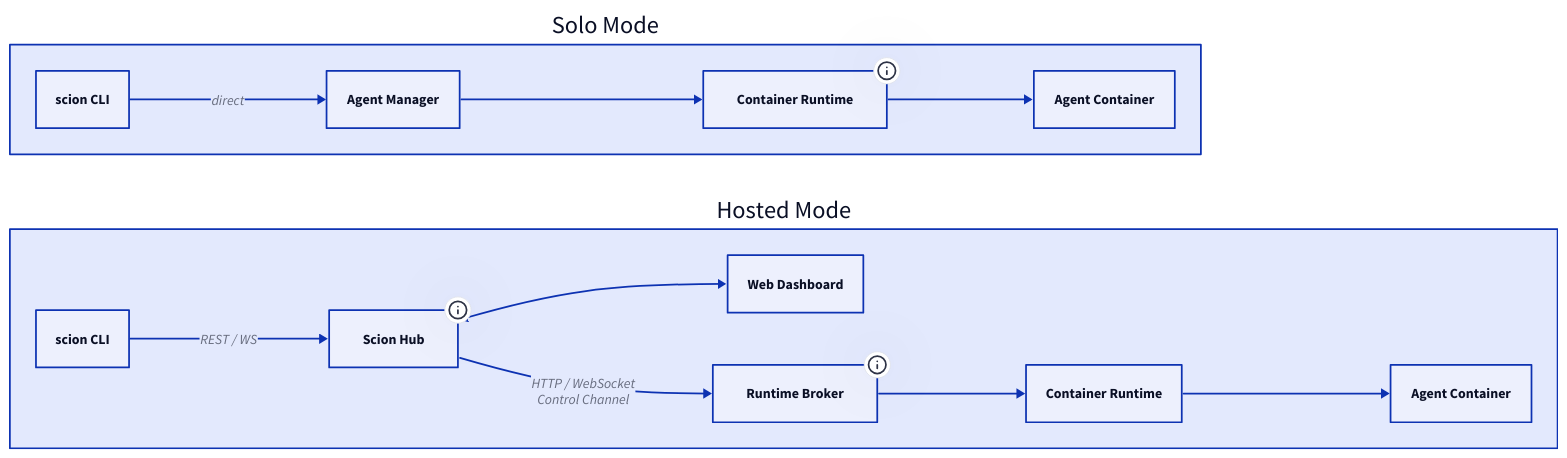
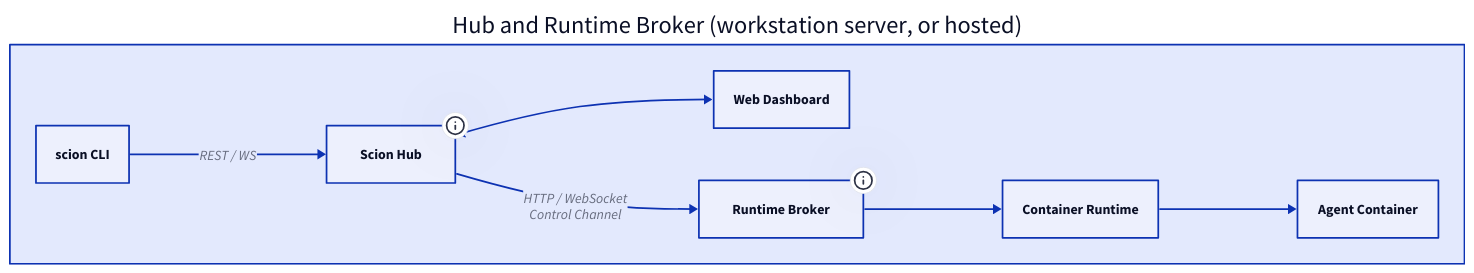
The first of 6 diagrams in docs-site/src/content/docs/contributing/architecture.md (GoogleCloudPlatform/scion), drawn with D2 before and after one commit. The commit also changed other lines of this file and 41 other files, not shown here.

````diff
--- a/docs-site/src/content/docs/contributing/architecture.md
+++ b/docs-site/src/content/docs/contributing/architecture.md
@@ -23,34 +23,21 @@
 ```d2
 direction: right
-solo: Solo Mode {
-  cli: scion CLI
-  manager: Agent Manager
-  runtime: Container Runtime {
-    tooltip: Docker / Apple / K8s
-  }
-  agent: Agent Container
-
-  cli -> manager: direct
-  manager -> runtime
-  runtime -> agent
-}
-
-hosted: Hosted Mode {
+hosted: Hub and Runtime Broker (workstation server, or hosted) {
   cli: scion CLI
   hub: Scion Hub {
     tooltip: API + Store
   }
   web: Web Dashboard
   broker: Runtime Broker {
     tooltip: Agent Manager + Runtime
   }
   runtime: Container Runtime
   agent: Agent Container
 
   cli -> hub: REST / WS
   hub <-> web
   hub -> broker: HTTP / WebSocket\nControl Channel
   broker -> runtime
   runtime -> agent
 }
 ```
````
